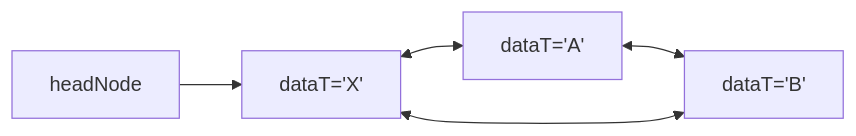
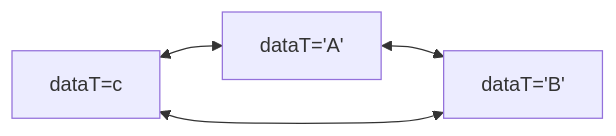
One commit to YOAyes/iodraw-files changed the diagram in all/未命名-10.md. Above: the diagram before and after it, drawn with Mermaid.

Commit message:
2025-06-16 16:36:00 update

````diff
--- a/all/未命名-10.md
+++ b/all/未命名-10.md
@@ -1,6 +1,6 @@
 ```mermaid
 graph LR
-    X[dataT='X'] <--> A[dataT='A'] <--> B[dataT='B']
+    X[dataT=c] <--> A[dataT='A'] <--> B[dataT='B']
     B <--> X
-    headNode-->X
+
 ```
````
